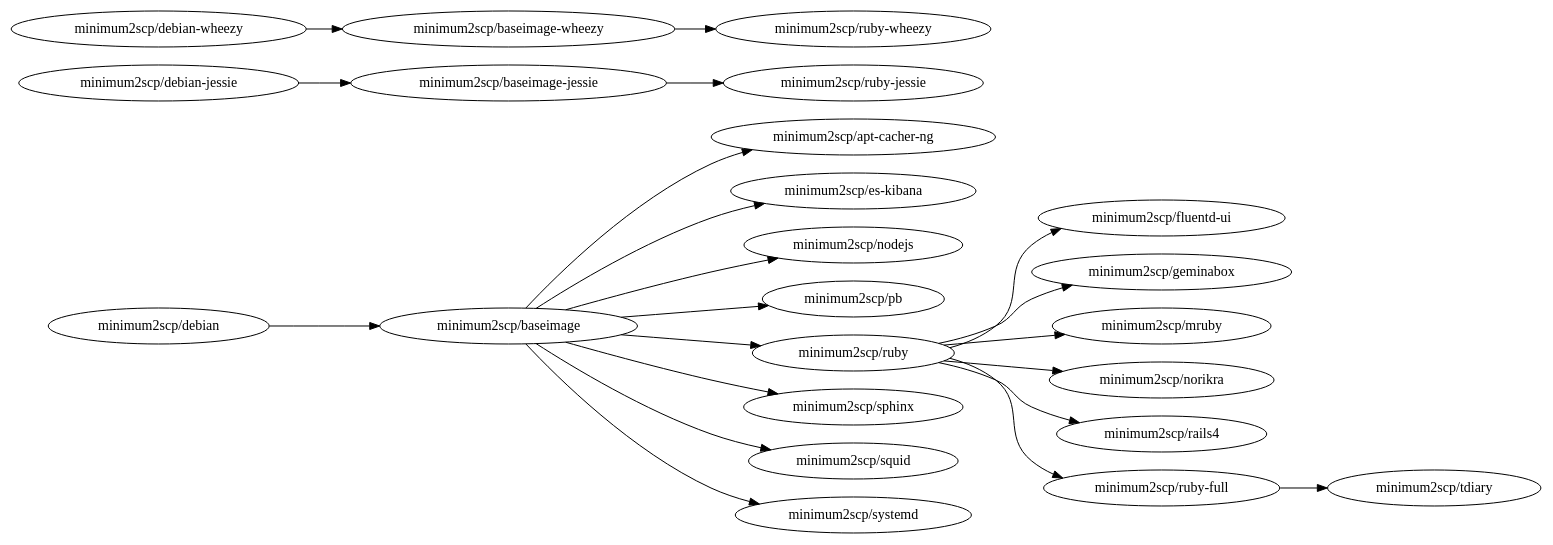
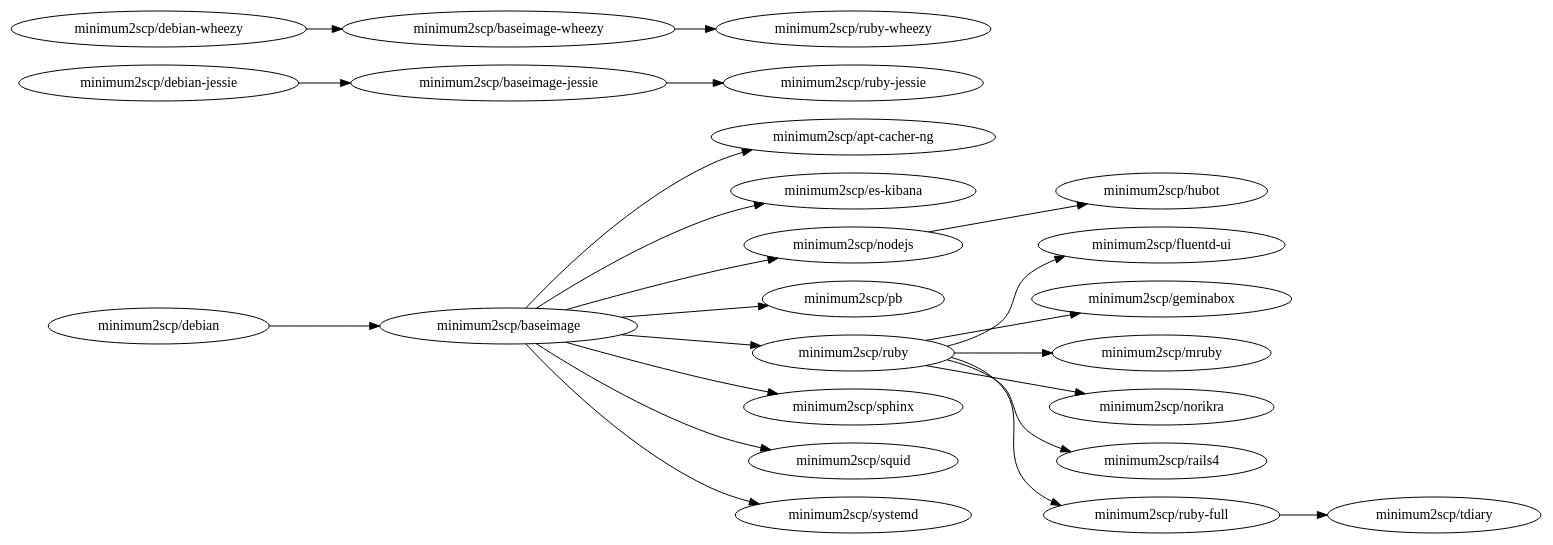
One commit to minimum2scp/dockerfiles changed the diagram in deps.dot. Above: the diagram before and after it, drawn with Graphviz.

```diff
--- a/deps.dot
+++ b/deps.dot
@@ -1,40 +1,42 @@
 digraph deps {
   graph        [rankdir = "LR"];
   ratio = auto;
 
 
   acng              [label = "minimum2scp/apt-cacher-ng"];
   baseimage         [label = "minimum2scp/baseimage"];
   baseimage_jessie  [label = "minimum2scp/baseimage-jessie"];
   baseimage_wheezy  [label = "minimum2scp/baseimage-wheezy"];
   debian            [label = "minimum2scp/debian"];
   debian_jessie     [label = "minimum2scp/debian-jessie"];
   debian_wheezy     [label = "minimum2scp/debian-wheezy"];
   es_kibana         [label = "minimum2scp/es-kibana"];
   fluentd_ui        [label = "minimum2scp/fluentd-ui"];
   geminabox         [label = "minimum2scp/geminabox"];
+  hubot             [label = "minimum2scp/hubot"];
   mruby             [label = "minimum2scp/mruby"];
   nodejs            [label = "minimum2scp/nodejs"];
   norikra           [label = "minimum2scp/norikra"];
   pb                [label = "minimum2scp/pb"];
   rails4            [label = "minimum2scp/rails4"];
   ruby              [label = "minimum2scp/ruby"];
   ruby_full         [label = "minimum2scp/ruby-full"];
   ruby_jessie       [label = "minimum2scp/ruby-jessie"];
   ruby_wheezy       [label = "minimum2scp/ruby-wheezy"];
   sphinx            [label = "minimum2scp/sphinx"];
   squid             [label = "minimum2scp/squid"];
   systemd           [label = "minimum2scp/systemd"];
   tdiary            [label = "minimum2scp/tdiary"];
 
   debian    -> baseimage;
   baseimage -> {acng, es_kibana, nodejs, pb, ruby, sphinx, squid, systemd};
   ruby      -> {fluentd_ui, geminabox, mruby, norikra, rails4, ruby_full};
   ruby_full -> {tdiary};
+  nodejs    -> {hubot};
 
   debian_jessie    -> baseimage_jessie;
   baseimage_jessie -> ruby_jessie;
 
   debian_wheezy    -> baseimage_wheezy;
   baseimage_wheezy -> ruby_wheezy;
 }
```
